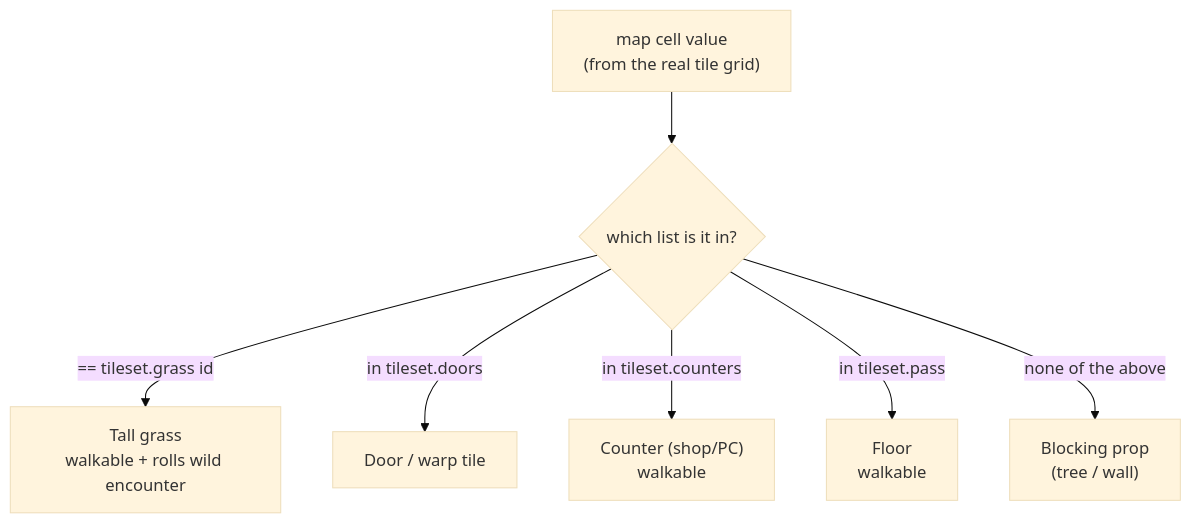
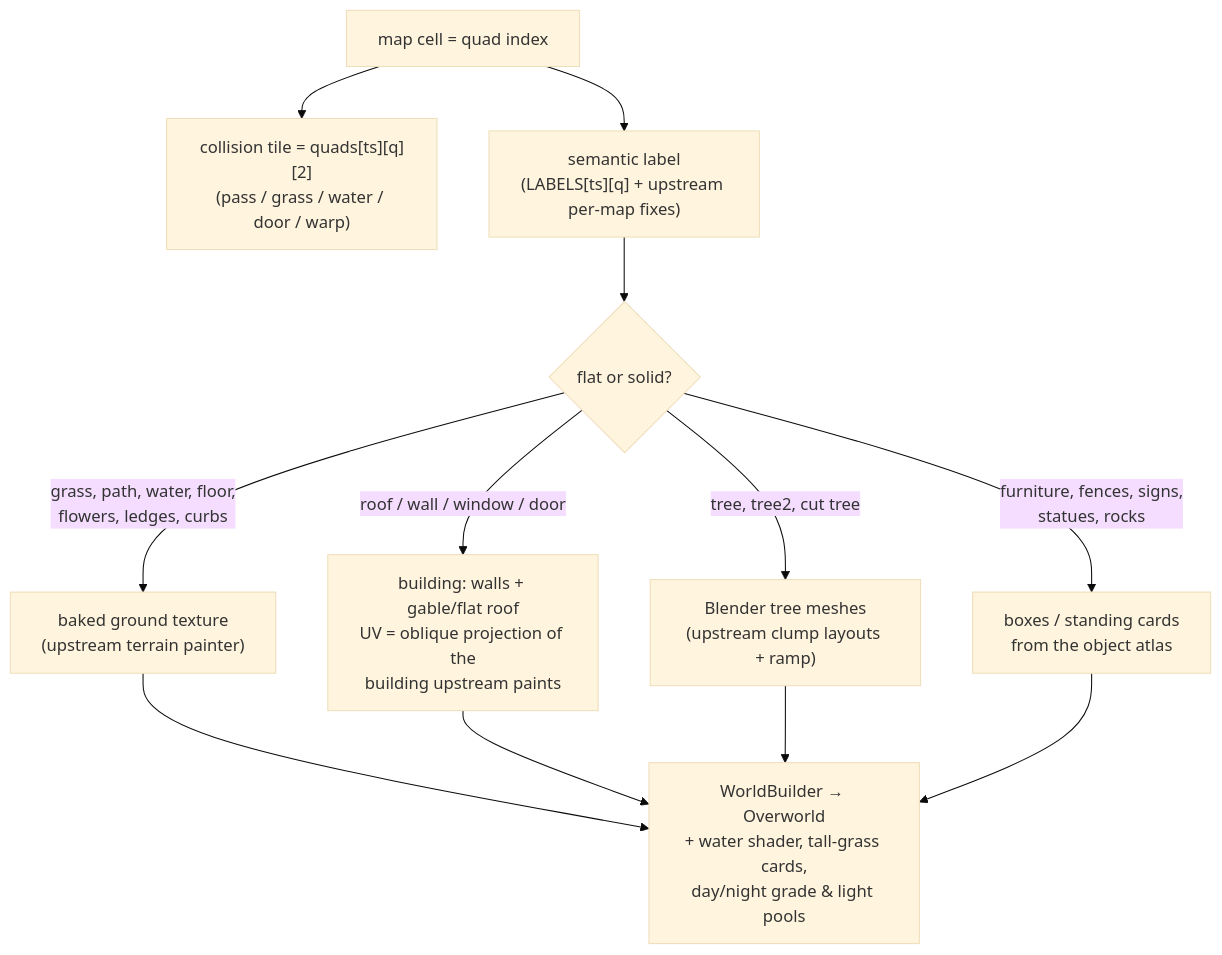
The fifth of 5 diagrams in README.md (jgyy/redgodot), drawn with Mermaid (base theme) before and after one commit. The commit also changed other lines of this file and 1518 other files, not shown here.

````diff
--- a/README.md
+++ b/README.md
@@ -190,9 +198,11 @@
 ```mermaid
 flowchart TD
-    cell["map cell value\n(from the real tile grid)"] --> chk{"which list is it in?"}
-    chk -->|"== tileset.grass id"| grass["Tall grass\nwalkable + rolls wild encounter"]
-    chk -->|"in tileset.doors"| door["Door / warp tile"]
-    chk -->|"in tileset.counters"| counter["Counter (shop/PC)\nwalkable"]
-    chk -->|"in tileset.pass"| floor["Floor\nwalkable"]
-    chk -->|"none of the above"| block["Blocking prop\n(tree / wall)"]
+    Q["map cell = quad index"] --> C["collision tile = quads[ts][q][2]\n(pass / grass / water / door / warp)"]
+    Q --> L["semantic label\n(LABELS[ts][q] + upstream per-map fixes)"]
+    L --> G{"flat or solid?"}
+    G -->|"grass, path, water, floor,\nflowers, ledges, curbs"| Ground["baked ground texture\n(upstream terrain painter)"]
+    G -->|"roof / wall / window / door"| Bld["building: walls + gable/flat roof\nUV = oblique projection of the\nbuilding upstream paints"]
+    G -->|"tree, tree2, cut tree"| Tree["Blender tree meshes\n(upstream clump layouts + ramp)"]
+    G -->|"furniture, fences, signs,\nstatues, rocks"| Prop["boxes / standing cards\nfrom the object atlas"]
+    Ground & Bld & Tree & Prop --> Scene["WorldBuilder → Overworld\n+ water shader, tall-grass cards,\nday/night grade & light pools"]
 ```
````
